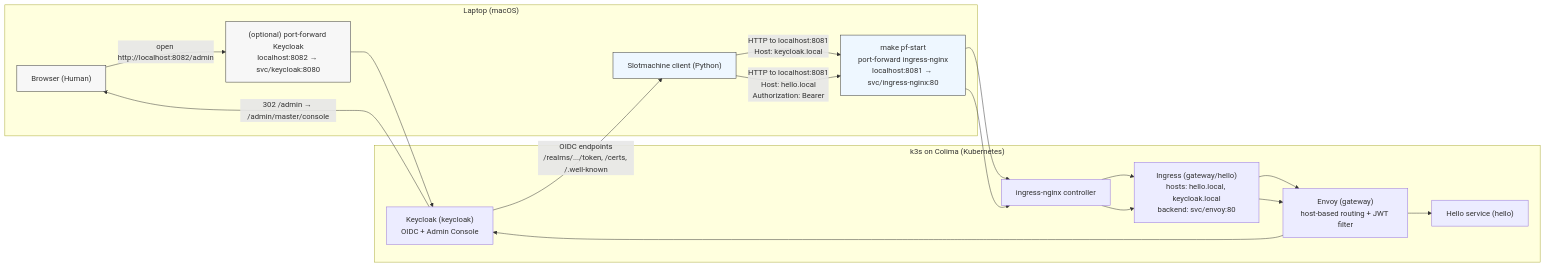
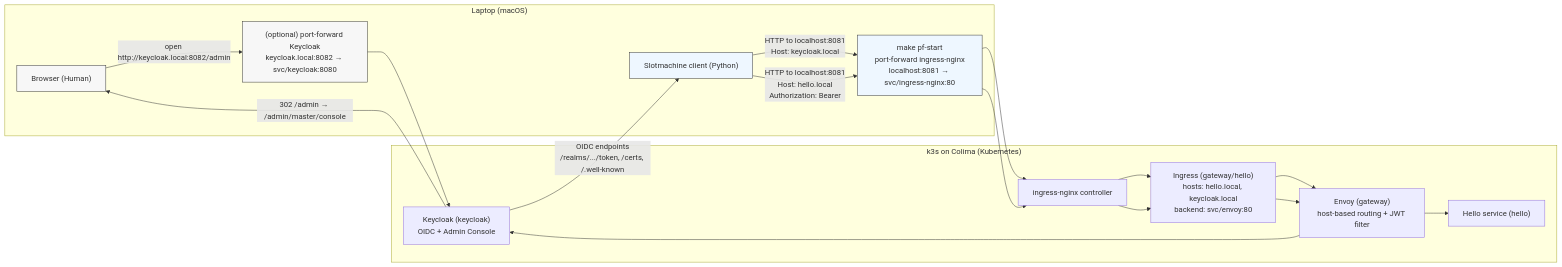
The diagram in README.md (h4rkon/deviceOIDC), drawn with Mermaid before and after one commit. The commit also changed other lines of this file and 4 other files, not shown here.

````diff
--- a/README.md
+++ b/README.md
@@ -159,40 +159,40 @@
 ```mermaid
 flowchart LR
   %% =========================
   %% External (your laptop)
   %% =========================
   subgraph LAPTOP["Laptop (macOS)"]
     B["Browser (Human)"]
     S["Slotmachine client (Python)"]
     PF_I["make pf-start<br/>port-forward ingress-nginx<br/>localhost:8081 → svc/ingress-nginx:80"]
-    PF_K["(optional) port-forward Keycloak<br/>localhost:8082 → svc/keycloak:8080"]
+    PF_K["(optional) port-forward Keycloak<br/>keycloak.local:8082 → svc/keycloak:8080"]
   end
 
   %% =========================
   %% Kubernetes cluster
   %% =========================
   subgraph K8S["k3s on Colima (Kubernetes)"]
     N["ingress-nginx controller"]
     ING["Ingress (gateway/hello)<br/>hosts: hello.local, keycloak.local<br/>backend: svc/envoy:80"]
     E["Envoy (gateway)<br/>host-based routing + JWT filter"]
     H["Hello service (hello)"]
     KC["Keycloak (keycloak)<br/>OIDC + Admin Console"]
   end
 
   %% --- Browser path (Admin UI) ---
-  B -->|open http://localhost:8082/admin| PF_K --> KC
+  B -->|open http://keycloak.local:8082/admin| PF_K --> KC
   KC -->|302 /admin → /admin/master/console| B
 
   %% --- Machine path (OIDC via Envoy) ---
   S -->|HTTP to localhost:8081<br/>Host: keycloak.local| PF_I --> N --> ING --> E --> KC
   KC -->|OIDC endpoints<br/>/realms/.../token, /certs, /.well-known| S
 
   %% --- Regular app traffic through Envoy ---
   S -->|HTTP to localhost:8081<br/>Host: hello.local<br/>Authorization: Bearer <token>| PF_I --> N --> ING --> E --> H
 
   %% Labels to make intent obvious
   classDef human fill:#f7f7f7,stroke:#333,stroke-width:1px;
   classDef machine fill:#eef7ff,stroke:#333,stroke-width:1px;
   class B,PF_K human;
   class S,PF_I machine;
 ```
````
